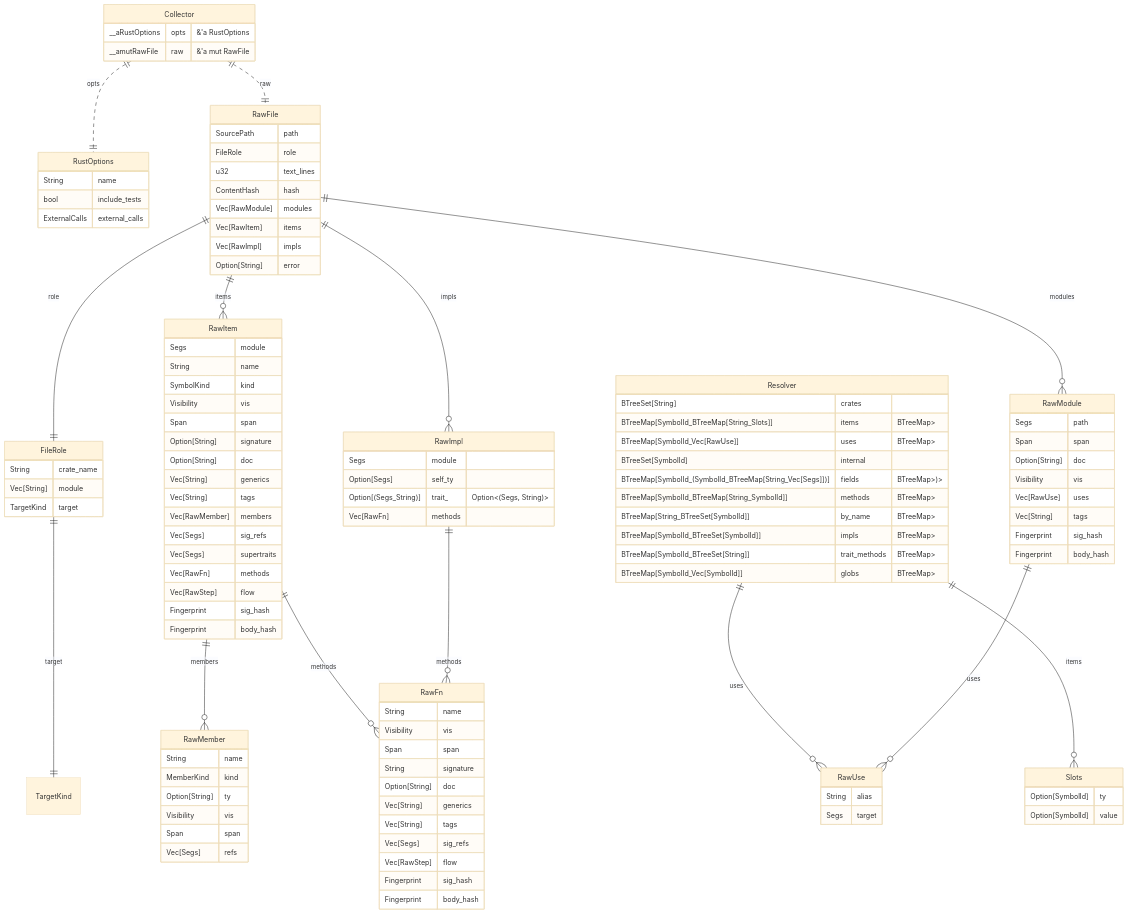
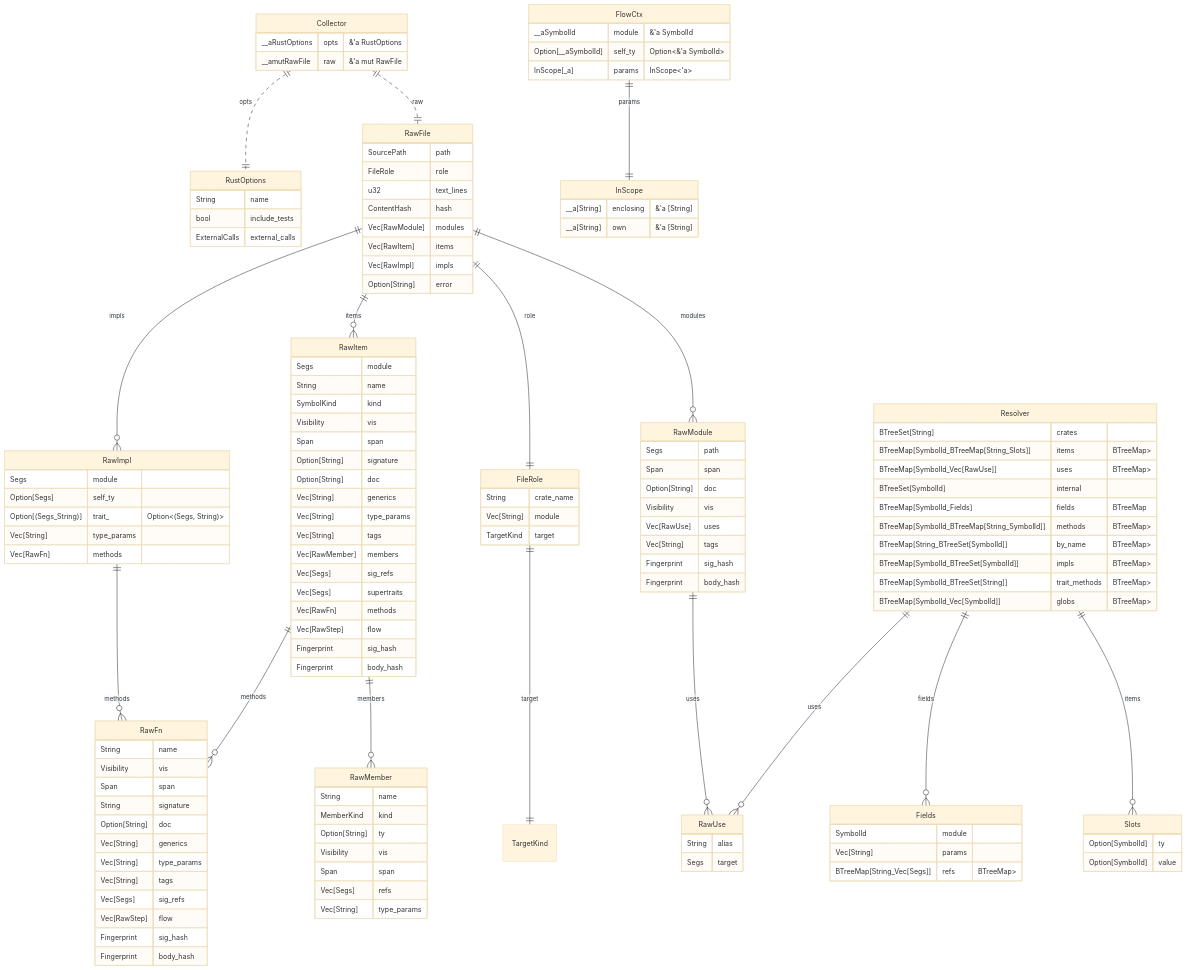
One commit to DreamLab-AI/codemaid changed diagram 12 of 12 in docs/sealmap/_overview.md. Above: the diagram before and after it, drawn with Mermaid (base theme). The commit also changed other lines of this file and 8 other files, not shown here.

First line of the commit message:
fix(sealmap-rust): resolve generic parameters from declared scope, not name shape

````diff
--- a/docs/sealmap/_overview.md
+++ b/docs/sealmap/_overview.md
@@ -644,6 +644,7 @@
     String signature
     Option[String] doc
     Vec[String] generics
+    Vec[String] type_params
     Vec[String] tags
     Vec[Segs] sig_refs
     Vec[RawStep] flow
@@ -654,6 +655,7 @@
     Segs module
     Option[Segs] self_ty
     Option[(Segs_String)] trait_ "Option<(Segs, String)>"
+    Vec[String] type_params
     Vec[RawFn] methods
   }
   sealmap_rust__raw___tRawItem["RawItem"] {
@@ -665,6 +667,7 @@
     Option[String] signature
     Option[String] doc
     Vec[String] generics
+    Vec[String] type_params
     Vec[String] tags
     Vec[RawMember] members
     Vec[Segs] sig_refs
@@ -681,6 +684,7 @@
     Visibility vis
     Span span
     Vec[Segs] refs
+    Vec[String] type_params
   }
   sealmap_rust__raw___tRawModule["RawModule"] {
     Segs path
@@ -696,12 +700,26 @@
     String alias
     Segs target
   }
+  sealmap_rust__resolve___tFields["Fields"] {
+    SymbolId module
+    Vec[String] params
+    BTreeMap[String_Vec[Segs]] refs "BTreeMap<String, Vec<Segs>>"
+  }
+  sealmap_rust__resolve___tFlowCtx["FlowCtx"] {
+    __aSymbolId module "&'a SymbolId"
+    Option[__aSymbolId] self_ty "Option<&'a SymbolId>"
+    InScope[_a] params "InScope<'a>"
+  }
+  sealmap_rust__resolve___tInScope["InScope"] {
+    __a[String] enclosing "&'a [String]"
+    __a[String] own "&'a [String]"
+  }
   sealmap_rust__resolve___tResolver["Resolver"] {
     BTreeSet[String] crates
     BTreeMap[SymbolId_BTreeMap[String_Slots]] items "BTreeMap<SymbolId, BTreeMap<String, Slots>>"
     BTreeMap[SymbolId_Vec[RawUse]] uses "BTreeMap<SymbolId, Vec<RawUse>>"
     BTreeSet[SymbolId] internal
-    BTreeMap[SymbolId_(SymbolId_BTreeMap[String_Vec[Segs]])] fields "BTreeMap<SymbolId, (SymbolId, BTreeMap<String, Vec<Segs>>)>"
+    BTreeMap[SymbolId_Fields] fields "BTreeMap<SymbolId, Fields>"
     BTreeMap[SymbolId_BTreeMap[String_SymbolId]] methods "BTreeMap<SymbolId, BTreeMap<String, SymbolId>>"
     BTreeMap[String_BTreeSet[SymbolId]] by_name "BTreeMap<String, BTreeSet<SymbolId>>"
     BTreeMap[SymbolId_BTreeSet[SymbolId]] impls "BTreeMap<SymbolId, BTreeSet<SymbolId>>"
@@ -723,6 +741,8 @@
   sealmap_rust__raw___tRawItem ||--o{ sealmap_rust__raw___tRawMember : "members"
   sealmap_rust__raw___tRawItem ||--o{ sealmap_rust__raw___tRawFn : "methods"
   sealmap_rust__raw___tRawModule ||--o{ sealmap_rust__raw___tRawUse : "uses"
+  sealmap_rust__resolve___tFlowCtx ||--|| sealmap_rust__resolve___tInScope : "params"
   sealmap_rust__resolve___tResolver ||--o{ sealmap_rust__resolve___tSlots : "items"
   sealmap_rust__resolve___tResolver ||--o{ sealmap_rust__raw___tRawUse : "uses"
+  sealmap_rust__resolve___tResolver ||--o{ sealmap_rust__resolve___tFields : "fields"
 ```
````
